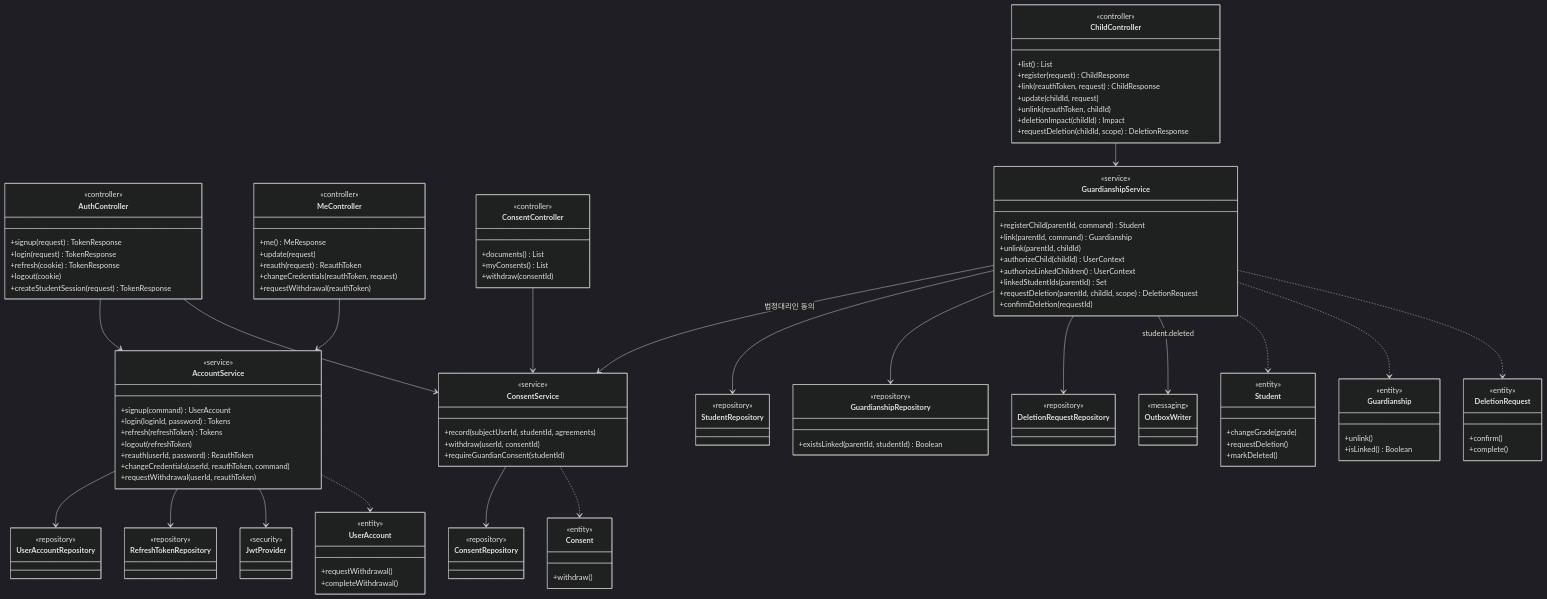
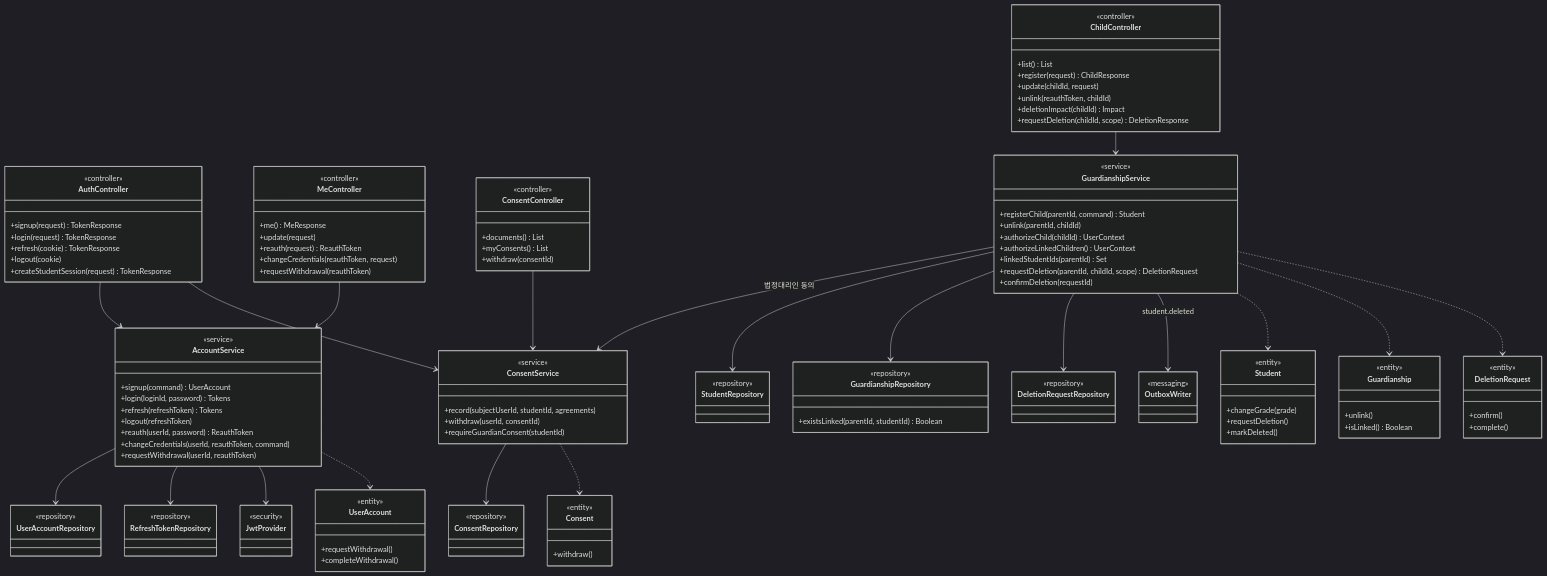
The third of 15 diagrams in docs/design/class-diagram.md (SKNETWORKS-FAMILY-AICAMP/SKN34-FINAL-3TEAM), drawn with Mermaid (dark theme) before and after one commit. The commit also changed other lines of this file and 7 other files, not shown here.

```diff
--- a/docs/design/class-diagram.md
+++ b/docs/design/class-diagram.md
@@ -242,7 +242,6 @@
     <<controller>>
     +list() List
     +register(request) ChildResponse
-    +link(reauthToken, request) ChildResponse
     +update(childId, request)
     +unlink(reauthToken, childId)
     +deletionImpact(childId) Impact
@@ -267,7 +266,6 @@
   class GuardianshipService {
     <<service>>
     +registerChild(parentId, command) Student
-    +link(parentId, command) Guardianship
     +unlink(parentId, childId)
     +authorizeChild(childId) UserContext
     +authorizeLinkedChildren() UserContext
```
